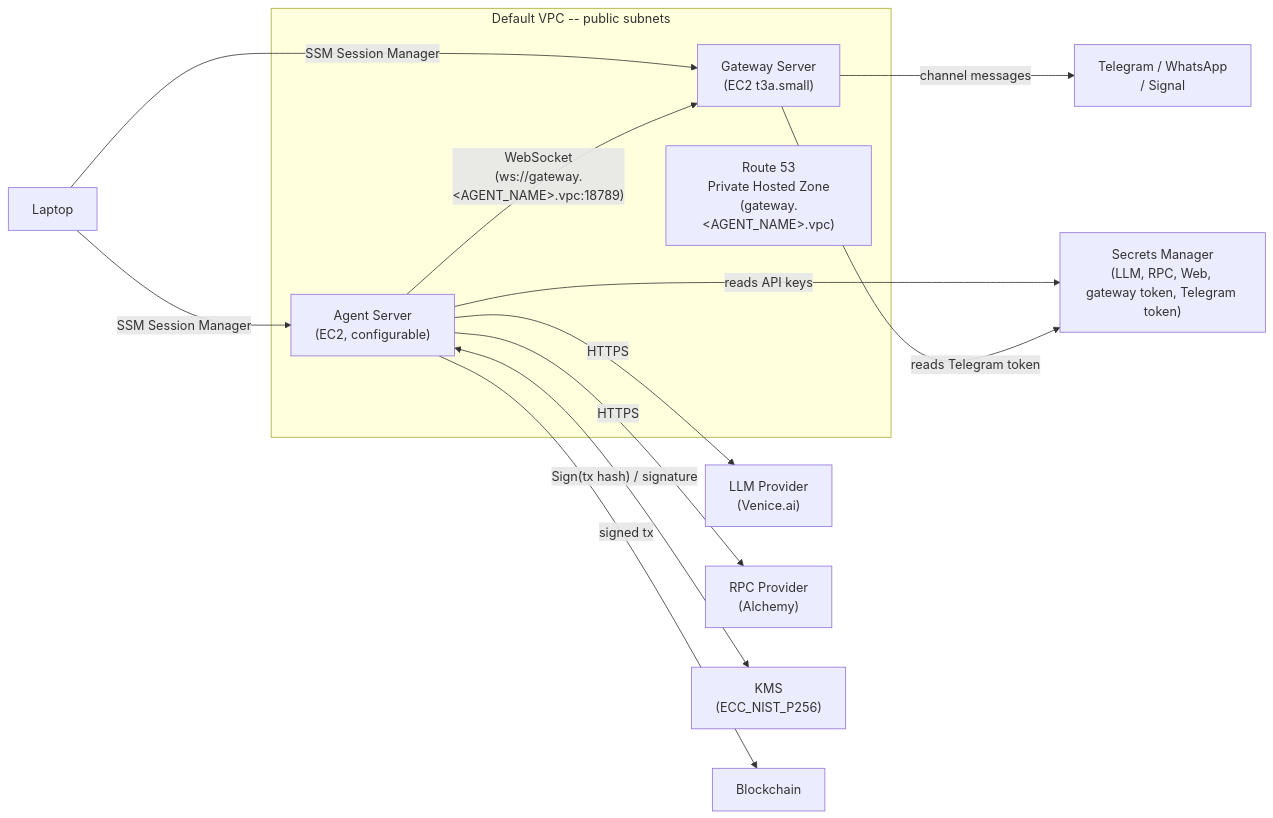
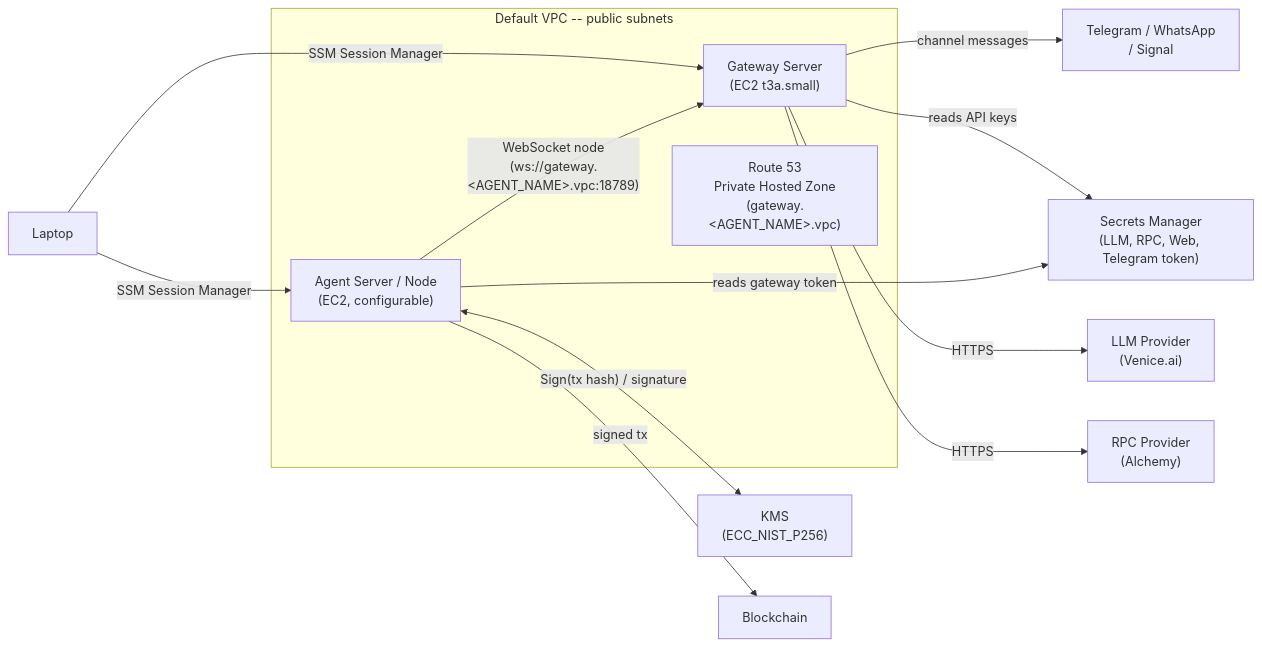
One commit to barretodavid/openclaw-aws changed the diagram in README.md. Above: the diagram before and after it, drawn with Mermaid. The commit also changed 8 other files, not shown here.

````diff
--- a/README.md
+++ b/README.md
@@ -7,18 +7,18 @@
 ```mermaid
 graph LR
     Laptop -->|"SSM Session Manager"| AgentEC2
     Laptop -->|"SSM Session Manager"| GatewayEC2
     subgraph VPC ["Default VPC -- public subnets"]
         DNS["Route 53<br/>Private Hosted Zone<br/>(gateway.&lt;AGENT_NAME&gt;.vpc)"]
-        AgentEC2["Agent Server<br/>(EC2, configurable)"]
+        AgentEC2["Agent Server / Node<br/>(EC2, configurable)"]
         GatewayEC2["Gateway Server<br/>(EC2 t3a.small)"]
-        AgentEC2 -->|"WebSocket<br/>(ws://gateway.&lt;AGENT_NAME&gt;.vpc:18789)"| GatewayEC2
+        AgentEC2 -->|"WebSocket node<br/>(ws://gateway.&lt;AGENT_NAME&gt;.vpc:18789)"| GatewayEC2
     end
     GatewayEC2 -->|"channel messages"| Channels["Telegram / WhatsApp<br/>/ Signal"]
-    AgentEC2 -->|"reads API keys"| SM["Secrets Manager<br/>(LLM, RPC, Web, gateway token, Telegram token)"]
-    GatewayEC2 -->|"reads Telegram token"| SM
-    AgentEC2 -->|"HTTPS"| LLM["LLM Provider<br/>(Venice.ai)"]
-    AgentEC2 -->|"HTTPS"| RPC["RPC Provider<br/>(Alchemy)"]
+    GatewayEC2 -->|"reads API keys"| SM["Secrets Manager<br/>(LLM, RPC, Web, Telegram token)"]
+    AgentEC2 -->|"reads gateway token"| SM
+    GatewayEC2 -->|"HTTPS"| LLM["LLM Provider<br/>(Venice.ai)"]
+    GatewayEC2 -->|"HTTPS"| RPC["RPC Provider<br/>(Alchemy)"]
     AgentEC2 <-->|"Sign(tx hash) / signature"| KMS["KMS<br/>(ECC_NIST_P256)"]
     AgentEC2 -->|"signed tx"| Blockchain
 ```
````
